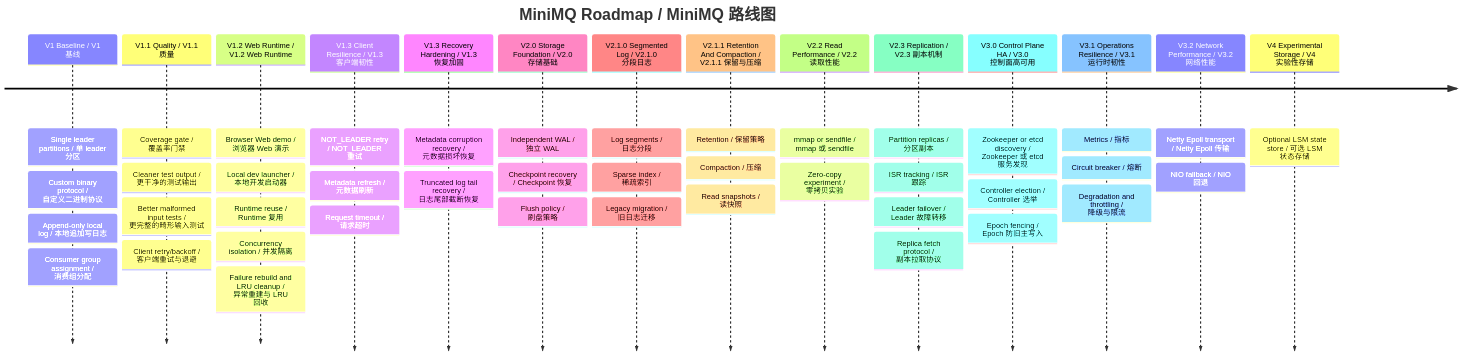
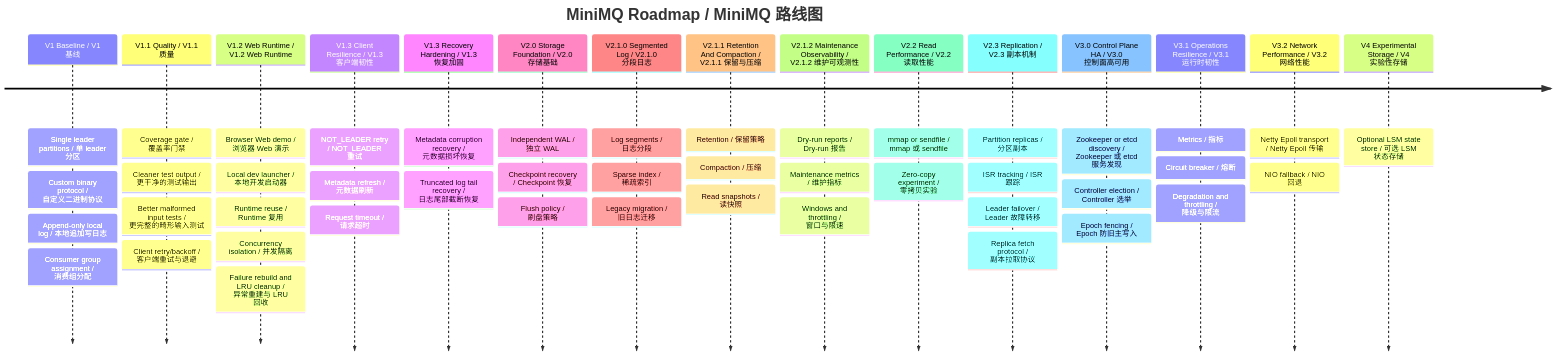
The first of 3 diagrams in docs/roadmap.md (wxw121/miniMQ), drawn with Mermaid before and after one commit. The commit also changed other lines of this file and 32 other files, not shown here.

````diff
--- a/docs/roadmap.md
+++ b/docs/roadmap.md
@@ -39,46 +40,49 @@
 ```mermaid
 timeline
     title MiniMQ Roadmap / MiniMQ 路线图
     V1 Baseline / V1 基线 : Single leader partitions / 单 leader 分区
                            : Custom binary protocol / 自定义二进制协议
                            : Append-only local log / 本地追加写日志
                            : Consumer group assignment / 消费组分配
     V1.1 Quality / V1.1 质量 : Coverage gate / 覆盖率门禁
                              : Cleaner test output / 更干净的测试输出
                              : Better malformed input tests / 更完整的畸形输入测试
                              : Client retry/backoff / 客户端重试与退避
     V1.2 Web Runtime / V1.2 Web Runtime : Browser Web demo / 浏览器 Web 演示
                                          : Local dev launcher / 本地开发启动器
                                          : Runtime reuse / Runtime 复用
                                          : Concurrency isolation / 并发隔离
                                          : Failure rebuild and LRU cleanup / 异常重建与 LRU 回收
     V1.3 Client Resilience / V1.3 客户端韧性 : NOT_LEADER retry / NOT_LEADER 重试
                                              : Metadata refresh / 元数据刷新
                                              : Request timeout / 请求超时
     V1.3 Recovery Hardening / V1.3 恢复加固 : Metadata corruption recovery / 元数据损坏恢复
                                              : Truncated log tail recovery / 日志尾部截断恢复
     V2.0 Storage Foundation / V2.0 存储基础 : Independent WAL / 独立 WAL
                                              : Checkpoint recovery / Checkpoint 恢复
                                              : Flush policy / 刷盘策略
     V2.1.0 Segmented Log / V2.1.0 分段日志 : Log segments / 日志分段
                                            : Sparse index / 稀疏索引
                                            : Legacy migration / 旧日志迁移
     V2.1.1 Retention And Compaction / V2.1.1 保留与压缩 : Retention / 保留策略
                                                          : Compaction / 压缩
                                                          : Read snapshots / 读快照
+    V2.1.2 Maintenance Observability / V2.1.2 维护可观测性 : Dry-run reports / Dry-run 报告
+                                                           : Maintenance metrics / 维护指标
+                                                           : Windows and throttling / 窗口与限速
     V2.2 Read Performance / V2.2 读取性能 : mmap or sendfile / mmap 或 sendfile
                                            : Zero-copy experiment / 零拷贝实验
     V2.3 Replication / V2.3 副本机制 : Partition replicas / 分区副本
                                       : ISR tracking / ISR 跟踪
                                       : Leader failover / Leader 故障转移
                                       : Replica fetch protocol / 副本拉取协议
     V3.0 Control Plane HA / V3.0 控制面高可用 : Zookeeper or etcd discovery / Zookeeper 或 etcd 服务发现
                                                 : Controller election / Controller 选举
                                                 : Epoch fencing / Epoch 防旧主写入
     V3.1 Operations Resilience / V3.1 运行时韧性 : Metrics / 指标
                                                   : Circuit breaker / 熔断
                                                   : Degradation and throttling / 降级与限流
     V3.2 Network Performance / V3.2 网络性能 : Netty Epoll transport / Netty Epoll 传输
                                               : NIO fallback / NIO 回退
     V4 Experimental Storage / V4 实验性存储 : Optional LSM state store / 可选 LSM 状态存储
 ```
````
